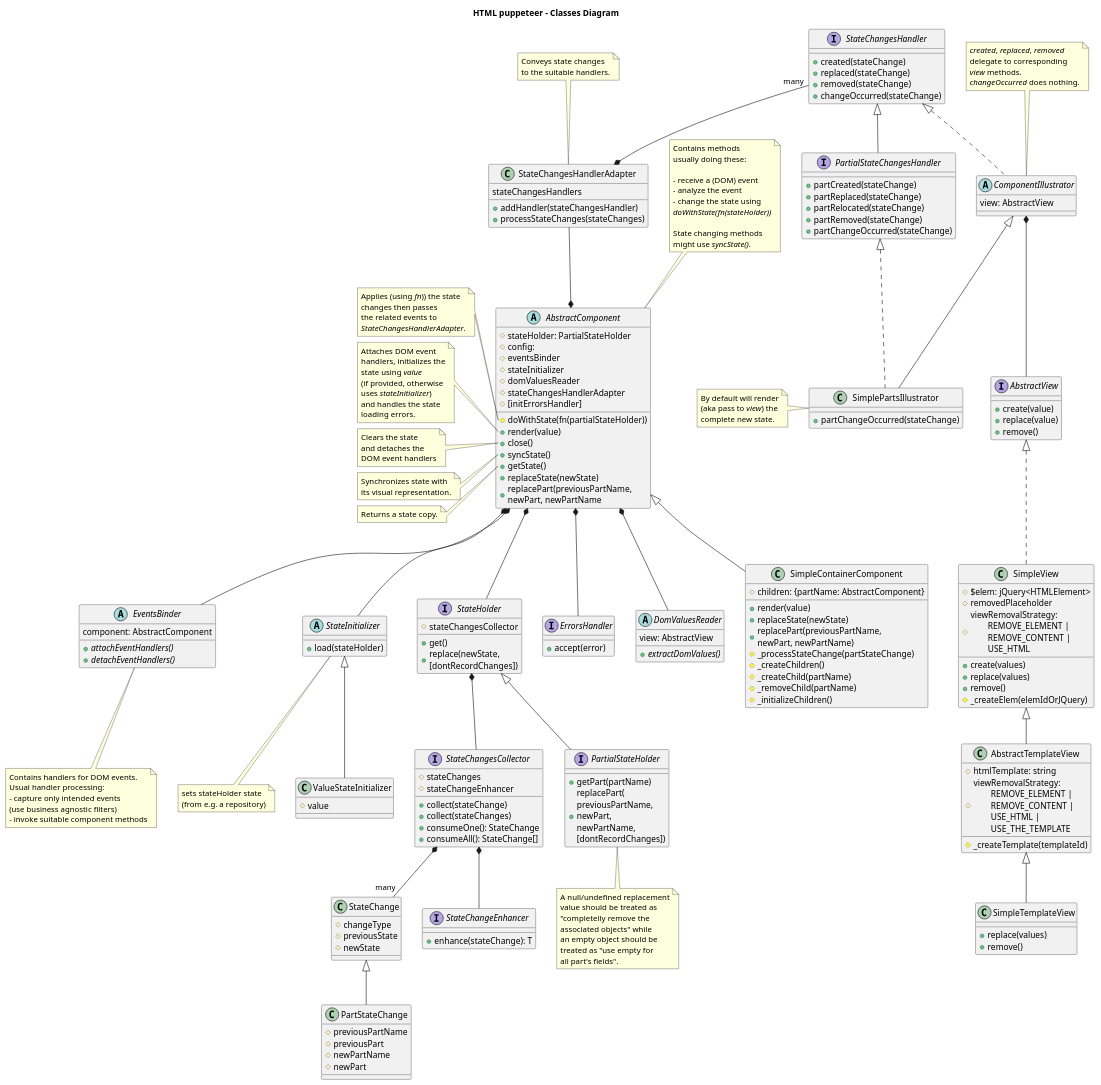
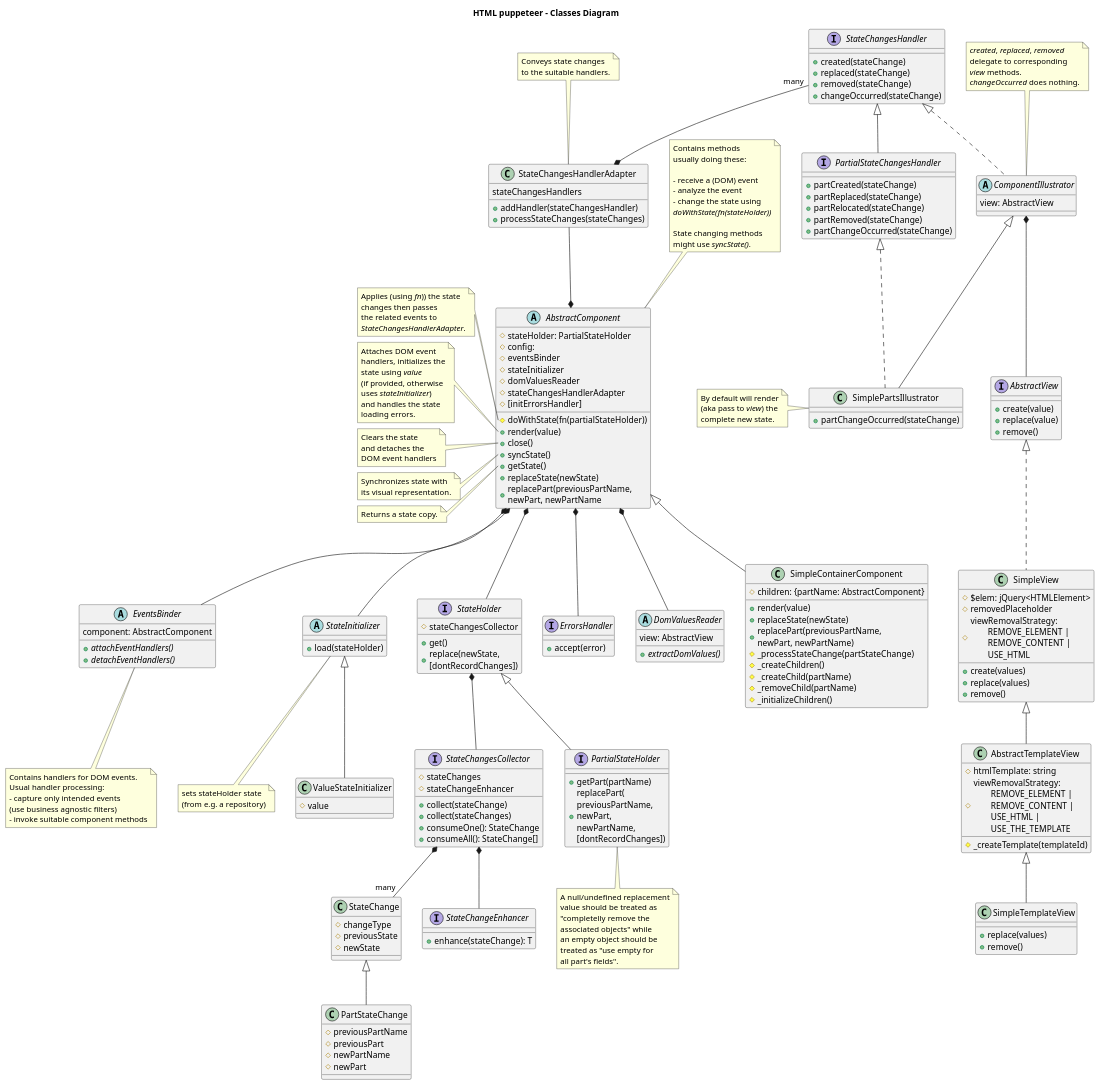
Before and after one commit to adrhc/html-puppeteer: the diagram in design/classes-diagram.puml, drawn with PlantUML. The commit also changed 7 other files, not shown here.

Commit message:
ChildrenRoomView.js: added owner SimpleView.js: removed _createElem(elemIdOrJQuery) + 13cd-table-and-owner.html

```diff
--- a/design/classes-diagram.puml
+++ b/design/classes-diagram.puml
@@ -226,7 +226,6 @@
 +create(values)
 +replace(values)
 +remove()
-#_createElem(elemIdOrJQuery)
 }
 
 class AbstractTemplateView extends SimpleView {
```
